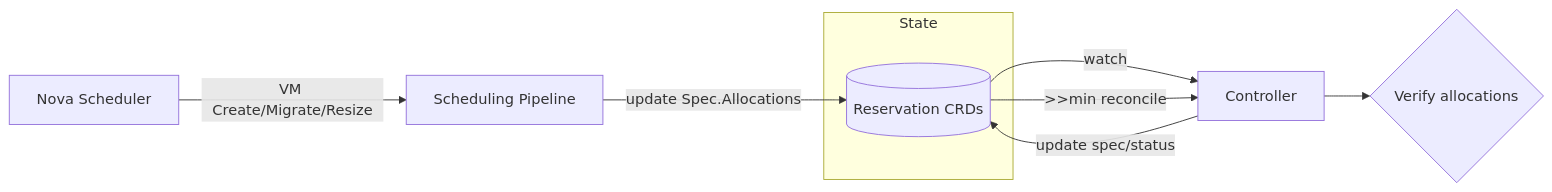
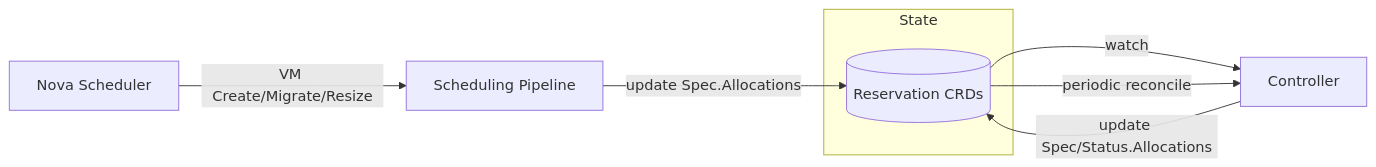
The second of 3 diagrams in docs/reservations/committed-resource-reservations.md (cobaltcore-dev/cortex), drawn with Mermaid before and after one commit. The commit also changed other lines of this file and 1 other file, not shown here.

````diff
--- a/docs/reservations/committed-resource-reservations.md
+++ b/docs/reservations/committed-resource-reservations.md
@@ -73,12 +73,11 @@
 ```mermaid
 flowchart LR
     subgraph State
         Res[(Reservation CRDs)]
     end
     A[Nova Scheduler] -->|VM Create/Migrate/Resize| B[Scheduling Pipeline]
     B -->|update Spec.Allocations| Res
-    Res -->|watch| Controller    
-    Res -->|>>min reconcile| Controller    
-    Controller -->|update spec/status| Res
-    Controller --> E{Verify allocations}
+    Res -->|watch| Controller
+    Res -->|periodic reconcile| Controller
+    Controller -->|update Spec/Status.Allocations| Res
 ```
````
